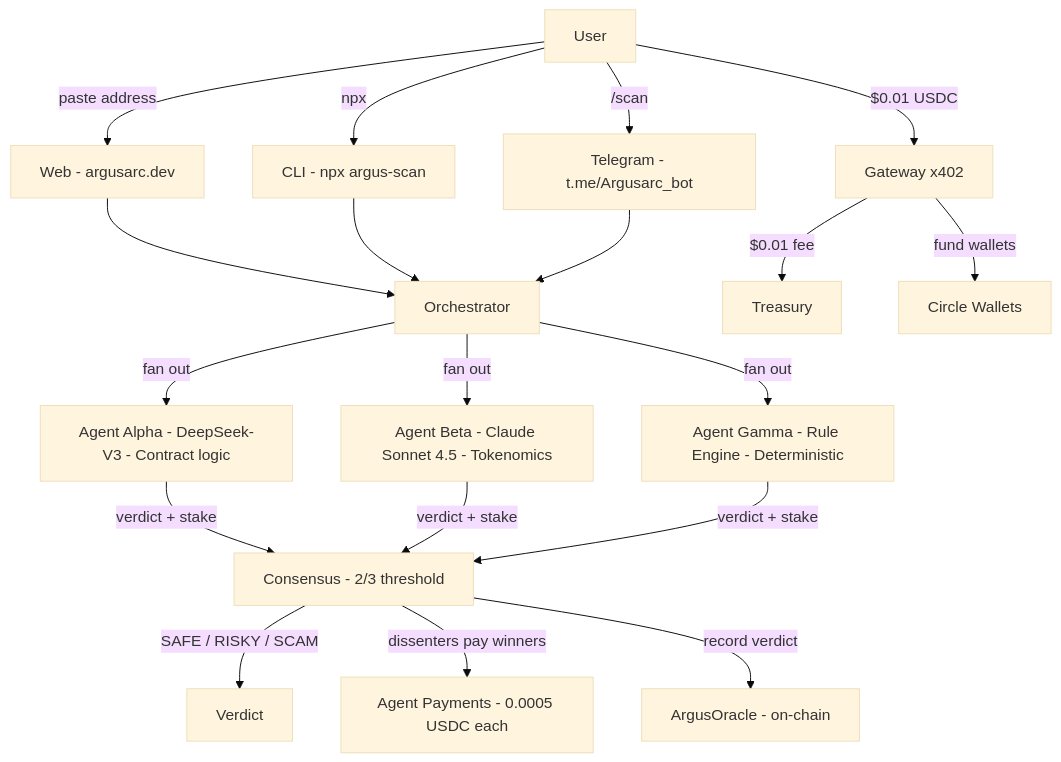
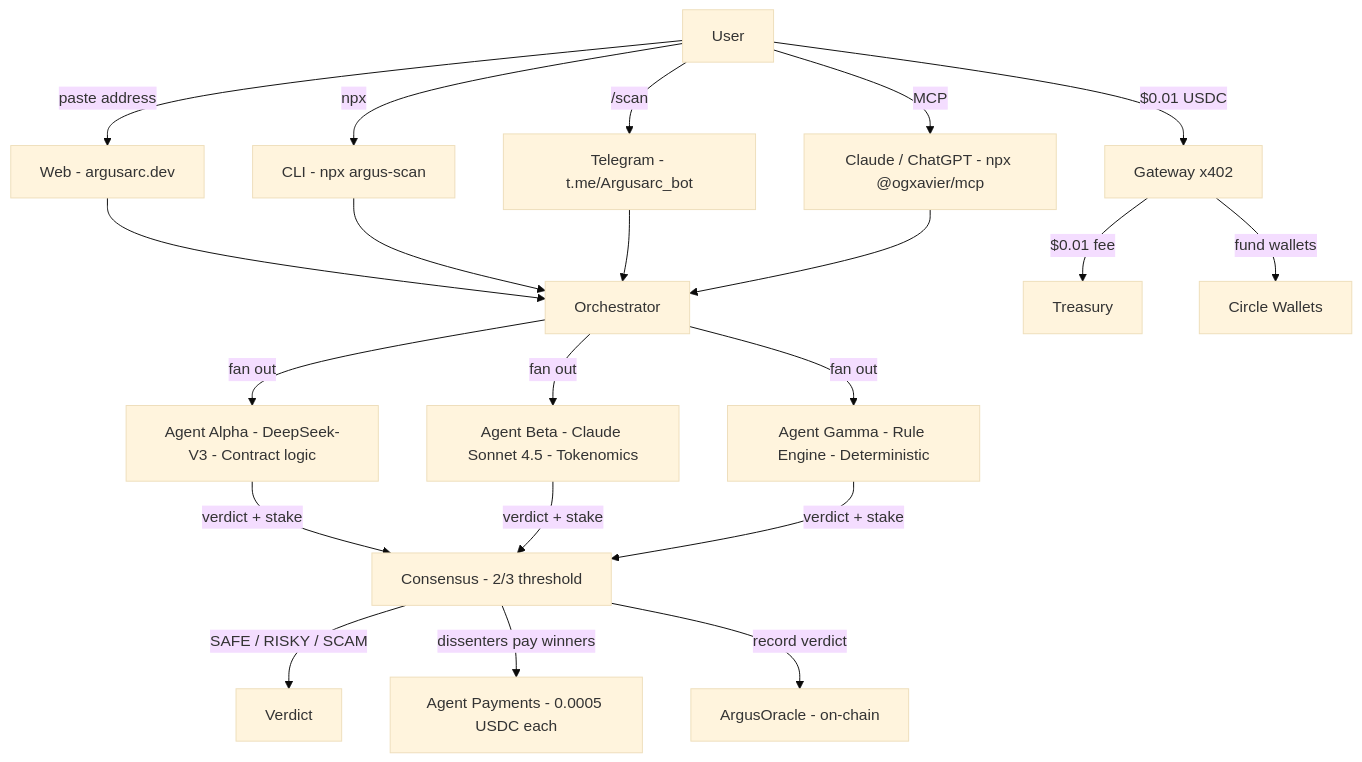
The diagram in README.md (Gideon145/argus), drawn with Mermaid (base theme) before and after one commit. The commit also changed other lines of this file and 4 other files, not shown here.

````diff
--- a/README.md
+++ b/README.md
@@ -172,26 +180,28 @@
 ```mermaid
 flowchart TB
     U[User] -->|$0.01 USDC| GW[Gateway x402]
     U -->|paste address| WEB[Web - argusarc.dev]
     U -->|npx| CLI[CLI - npx argus-scan]
     U -->|/scan| TG[Telegram - t.me/Argusarc_bot]
+    U -->|MCP| MCP[Claude / ChatGPT - npx @ogxavier/mcp]
 
     WEB --> O[Orchestrator]
     CLI --> O
     TG --> O
+    MCP --> O
 
     O -->|fan out| A[Agent Alpha - DeepSeek-V3 - Contract logic]
     O -->|fan out| B[Agent Beta - Claude Sonnet 4.5 - Tokenomics]
     O -->|fan out| G[Agent Gamma - Rule Engine - Deterministic]
 
     A -->|verdict + stake| C[Consensus - 2/3 threshold]
     B -->|verdict + stake| C
     G -->|verdict + stake| C
 
     C -->|SAFE / RISKY / SCAM| R[Verdict]
     C -->|dissenters pay winners| P[Agent Payments - 0.0005 USDC each]
     C -->|record verdict| ORA[ArgusOracle - on-chain]
 
     GW -->|$0.01 fee| TR[Treasury]
     GW -->|fund wallets| W[Circle Wallets]
 ```
````
